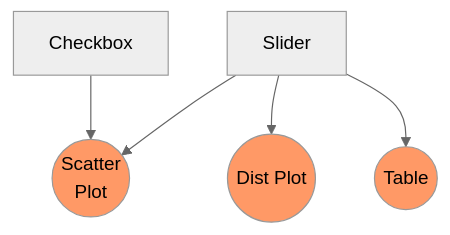
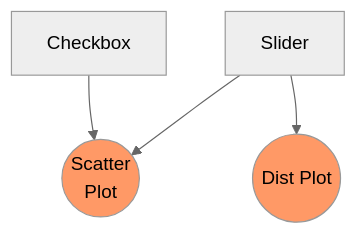
Before and after one commit to posit-dev/py-shiny-workshop: the sixth of 11 diagrams in slides/reactivity.qmd, drawn with Mermaid (neutral theme). The commit also changed other lines of this file and 6 other files, not shown here.

````diff
--- a/slides/reactivity.qmd
+++ b/slides/reactivity.qmd
@@ -162,9 +170,8 @@
 ```{mermaid}
 flowchart TD
   C[Checkbox] --> Sc((Scatter\nPlot)):::changed
-  Sl --> Sc 
+  Sl[Slider] --> Sc 
   Sl --> M((Dist Plot)):::changed
-  Sl[Slider] --> T((Table)):::changed
   
   classDef changed fill:#f96
 ```
````
